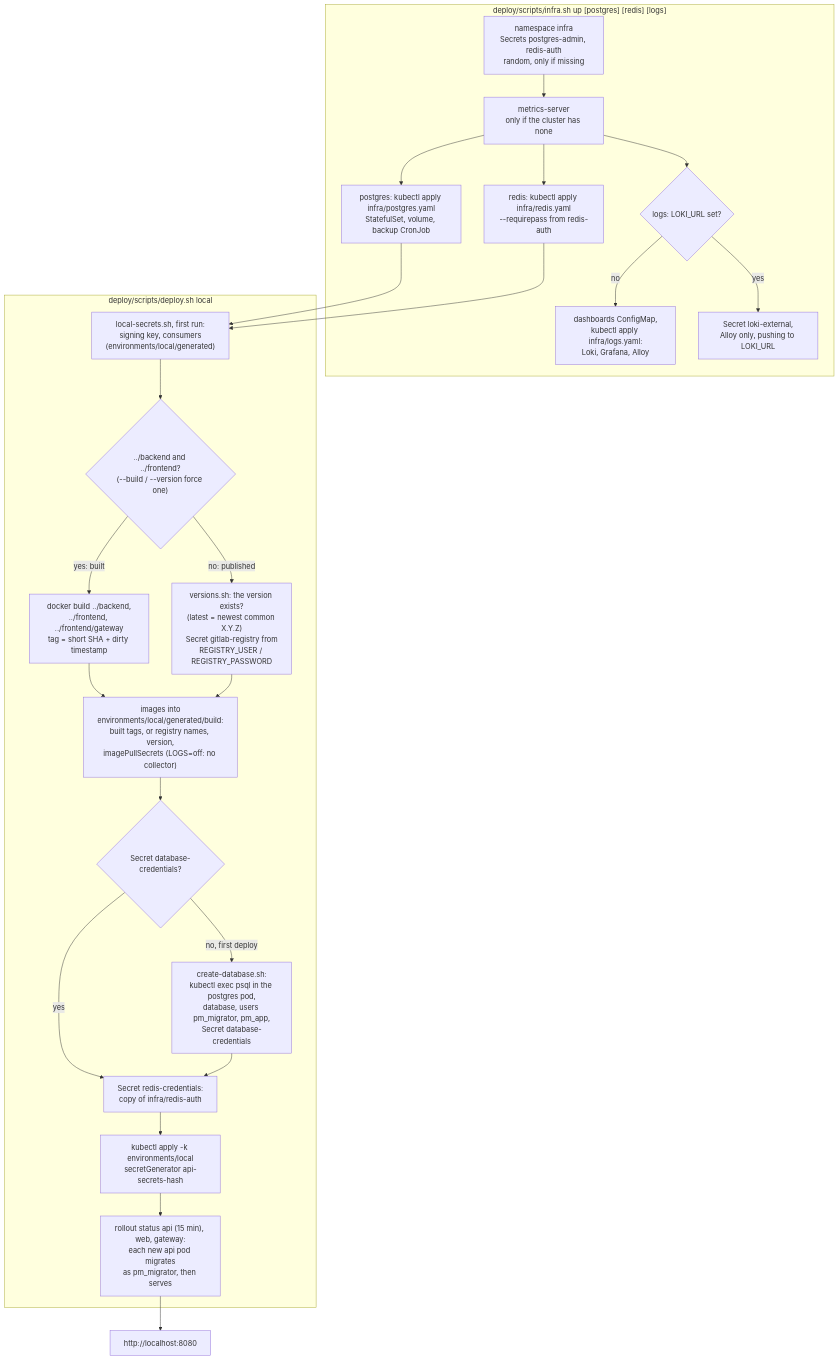
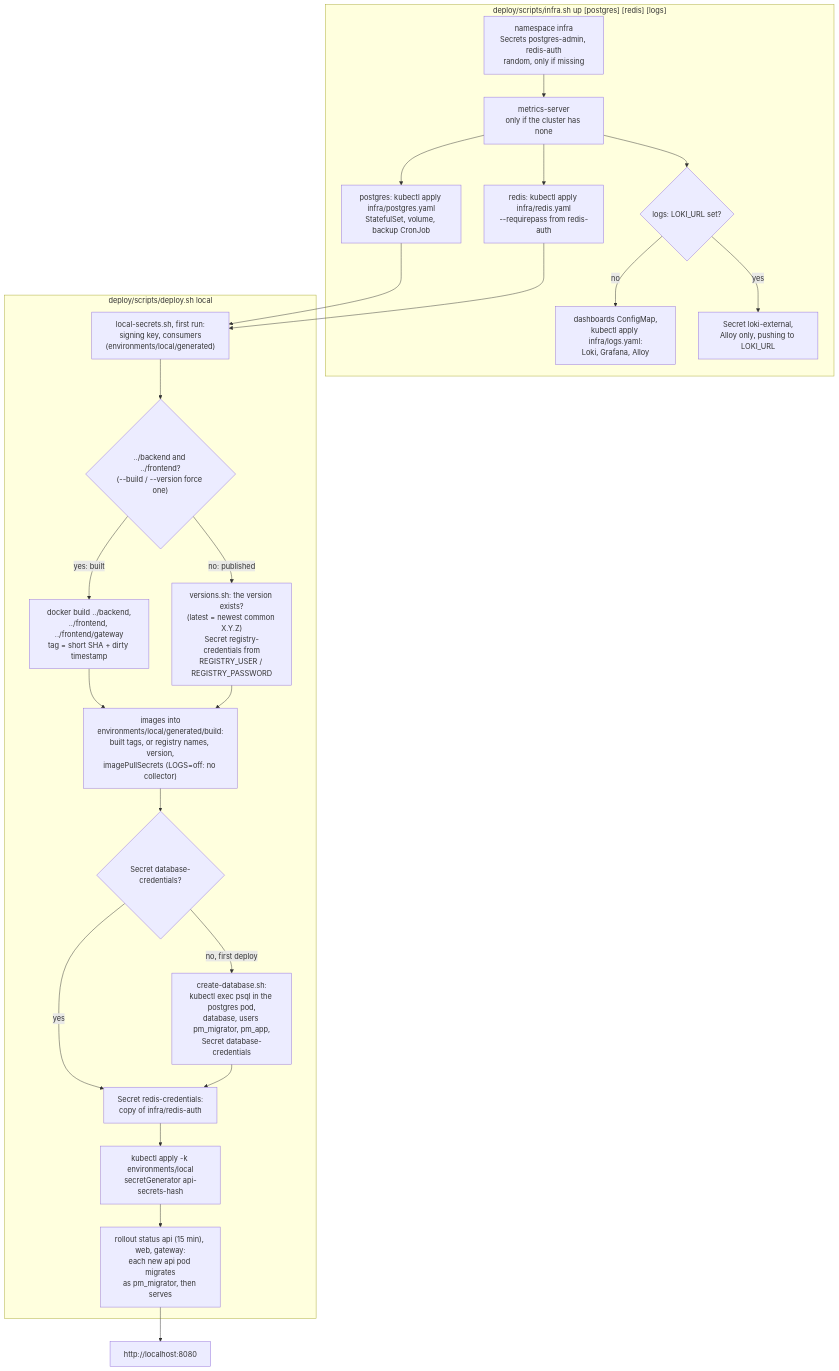
Diagram 13 of 19 in docs/flows.md (RubenCipriano/zeiss-product-management), drawn with Mermaid before and after one commit. The commit also changed other lines of this file and 53 other files, not shown here.

````diff
--- a/docs/flows.md
+++ b/docs/flows.md
@@ -648,28 +649,28 @@
 ```mermaid
 flowchart TD
     subgraph infra["deploy/scripts/infra.sh up [postgres] [redis] [logs]"]
         i0["namespace infra<br/>Secrets postgres-admin, redis-auth<br/>random, only if missing"] --> i0b["metrics-server<br/>only if the cluster has none"]
         i0b --> i1["postgres: kubectl apply infra/postgres.yaml<br/>StatefulSet, volume, backup CronJob"]
         i0b --> i3["redis: kubectl apply infra/redis.yaml<br/>--requirepass from redis-auth"]
         i0b --> i4{"logs: LOKI_URL set?"}
         i4 -->|"no"| i5["dashboards ConfigMap,<br/>kubectl apply infra/logs.yaml:<br/>Loki, Grafana, Alloy"]
         i4 -->|"yes"| i6["Secret loki-external,<br/>Alloy only, pushing to LOKI_URL"]
     end
 
     subgraph local["deploy/scripts/deploy.sh local"]
         l0["local-secrets.sh, first run:<br/>signing key, consumers<br/>(environments/local/generated)"] --> ls{"../backend and ../frontend?<br/>(--build / --version force one)"}
         ls -->|"yes: built"| l1["docker build ../backend,<br/>../frontend, ../frontend/gateway<br/>tag = short SHA + dirty timestamp"]
-        ls -->|"no: published"| lp["versions.sh: the version exists?<br/>(latest = newest common X.Y.Z)<br/>Secret gitlab-registry from<br/>REGISTRY_USER / REGISTRY_PASSWORD"]
+        ls -->|"no: published"| lp["versions.sh: the version exists?<br/>(latest = newest common X.Y.Z)<br/>Secret registry-credentials from<br/>REGISTRY_USER / REGISTRY_PASSWORD"]
         l1 --> l2["images into<br/>environments/local/generated/build:<br/>built tags, or registry names, version,<br/>imagePullSecrets (LOGS=off: no collector)"]
         lp --> l2
         l2 --> l3{"Secret database-credentials?"}
         l3 -->|"no, first deploy"| d1["create-database.sh:<br/>kubectl exec psql in the postgres pod,<br/>database, users pm_migrator, pm_app,<br/>Secret database-credentials"]
         l3 -->|"yes"| l4
         d1 --> l4["Secret redis-credentials:<br/>copy of infra/redis-auth"]
         l4 --> l6["kubectl apply -k environments/local<br/>secretGenerator api-secrets-hash"]
         l6 --> l7["rollout status api (15 min), web, gateway:<br/>each new api pod migrates<br/>as pm_migrator, then serves"]
     end
 
     i1 & i3 --> l0
     l7 --> done["http://localhost:8080"]
 ```
````
